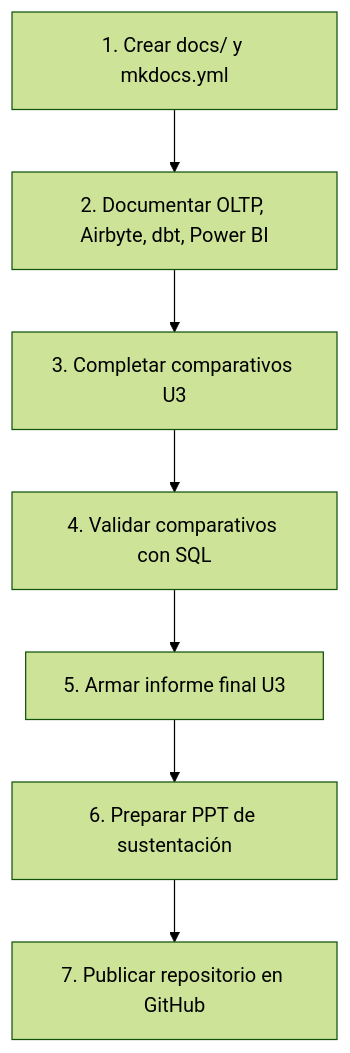
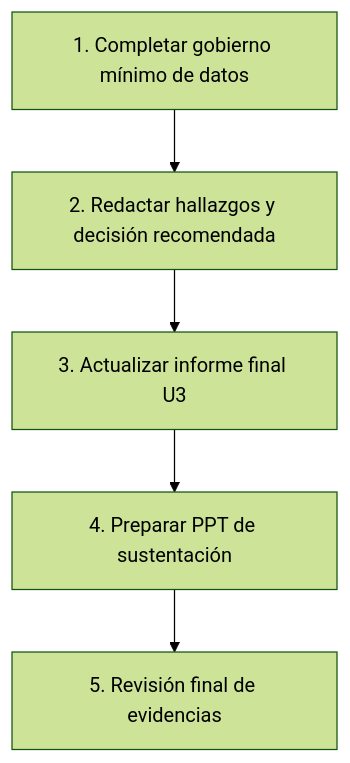
The third of 3 diagrams in README.md (EliasDemo/rico-bi), drawn with Mermaid (forest theme) before and after one commit. The commit also changed other lines of this file, not shown here.

Commit message:
docs: actualizar README del producto U3

````diff
--- a/README.md
+++ b/README.md
@@ -456,9 +534,7 @@
 ```mermaid
 flowchart TD
-    A["1. Crear docs/ y mkdocs.yml"] --> B["2. Documentar OLTP, Airbyte, dbt, Power BI"]
-    B --> C["3. Completar comparativos U3"]
-    C --> D["4. Validar comparativos con SQL"]
-    D --> E["5. Armar informe final U3"]
-    E --> F["6. Preparar PPT de sustentación"]
-    F --> G["7. Publicar repositorio en GitHub"]
+    A["1. Completar gobierno mínimo de datos"] --> B["2. Redactar hallazgos y decisión recomendada"]
+    B --> C["3. Actualizar informe final U3"]
+    C --> D["4. Preparar PPT de sustentación"]
+    D --> E["5. Revisión final de evidencias"]
 ```
````
